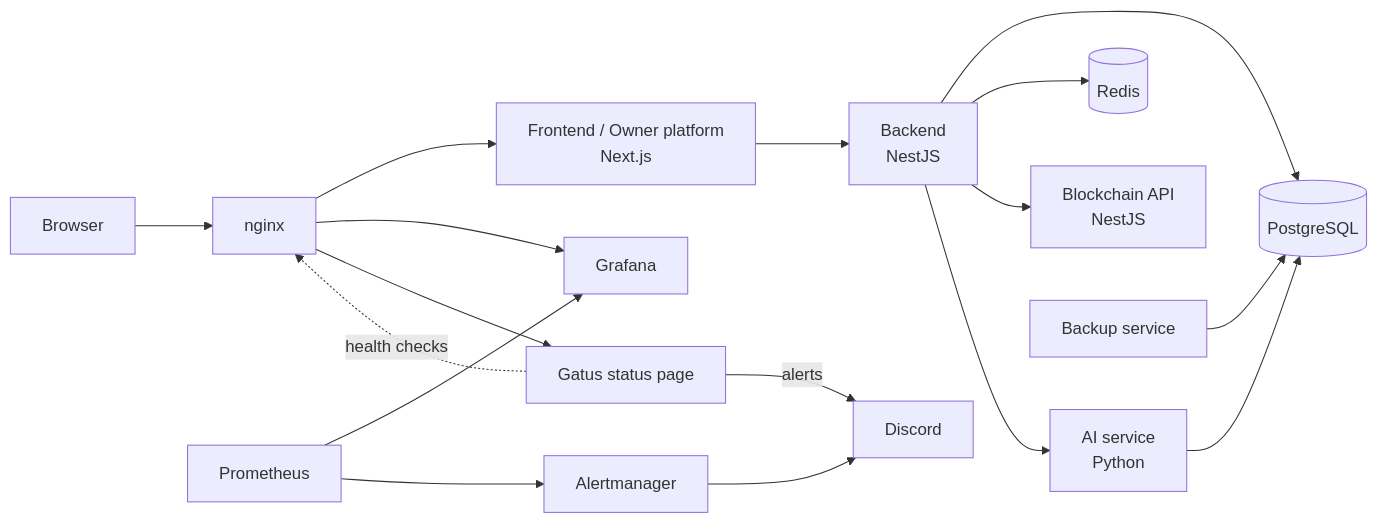
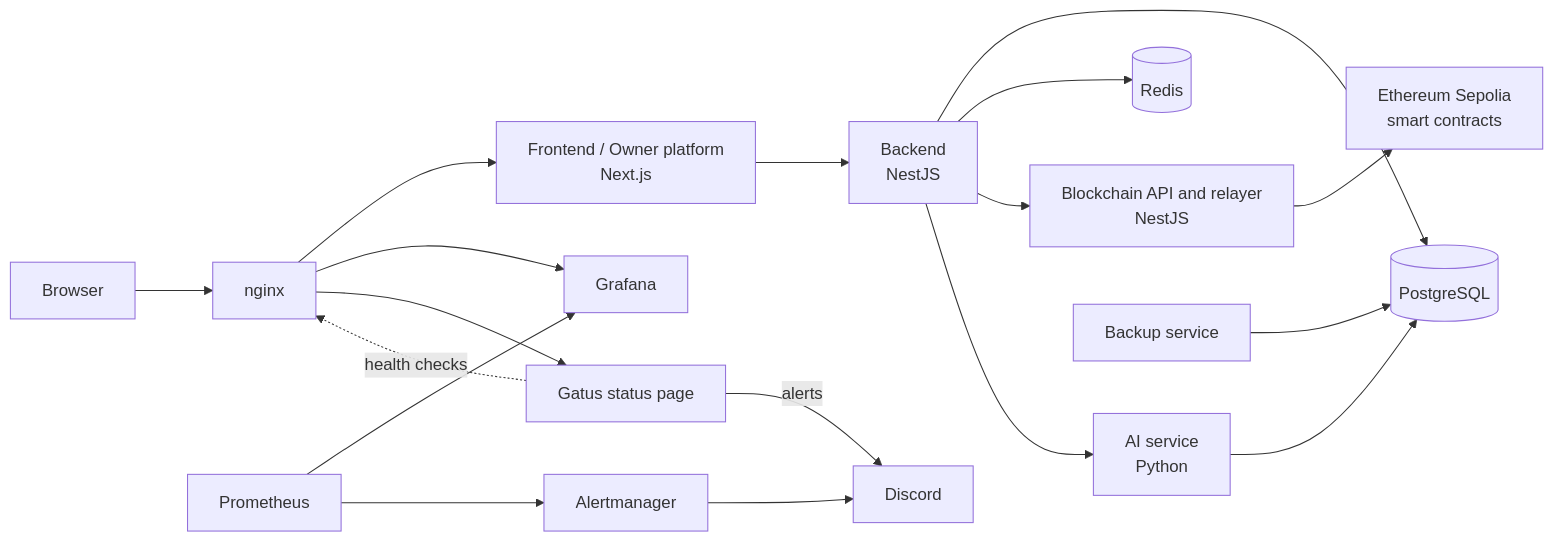
Before and after one commit to mohameddahani/ft_transcendence: the first of 2 diagrams in README.md, drawn with Mermaid. The commit also changed other lines of this file, not shown here.

````diff
--- a/README.md
+++ b/README.md
@@ -134,18 +180,19 @@
 ```mermaid
 flowchart LR
 	Browser --> nginx
 	nginx --> frontend[Frontend / Owner platform<br/>Next.js]
 	frontend --> backend[Backend<br/>NestJS]
 	backend --> postgres[(PostgreSQL)]
 	backend --> redis[(Redis)]
-	backend --> blockchain[Blockchain API<br/>NestJS]
+	backend --> blockchain[Blockchain API and relayer<br/>NestJS]
+	blockchain --> sepolia[Ethereum Sepolia<br/>smart contracts]
 	backend --> ai[AI service<br/>Python]
 	ai --> postgres
 	nginx --> grafana[Grafana]
 	nginx --> gatus[Gatus status page]
 	prometheus[Prometheus] --> grafana
 	prometheus --> alertmanager[Alertmanager] --> discord[Discord]
 	gatus -->|alerts| discord
 	gatus -.->|health checks| nginx
 	backup[Backup service] --> postgres
 ```
````
